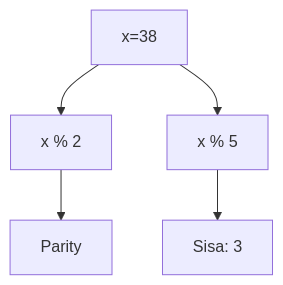
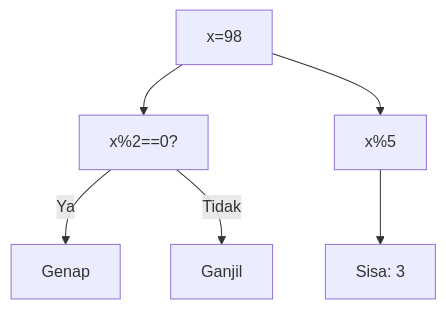
Before and after one commit to amnahwaida/OSNK_INF_PREP: the sixth of 25 diagrams in part-c-pemahaman-cpp/04-fungsi/latihan/set-08.md, drawn with Mermaid. The commit also changed other lines of this file and 71 other files, not shown here.

Commit message:
Fixed Mermaid syntax lexical errors with quoted labels in 1,800 questions

````diff
--- a/part-c-pemahaman-cpp/04-fungsi/latihan/set-08.md
+++ b/part-c-pemahaman-cpp/04-fungsi/latihan/set-08.md
@@ -263,7 +171,8 @@
 ```mermaid
 graph TD
-A[x=38] --> B[x % 2]
-B --> C[Parity]
-A --> D[x % 5]
-D --> E[Sisa: 3]
+A["x=98"] --> B["x%2==0?"]
+B -- Ya --> C["Genap"]
+B -- Tidak --> D["Ganjil"]
+A --> E["x%5"]
+E --> F["Sisa: 3"]
 ```
````
